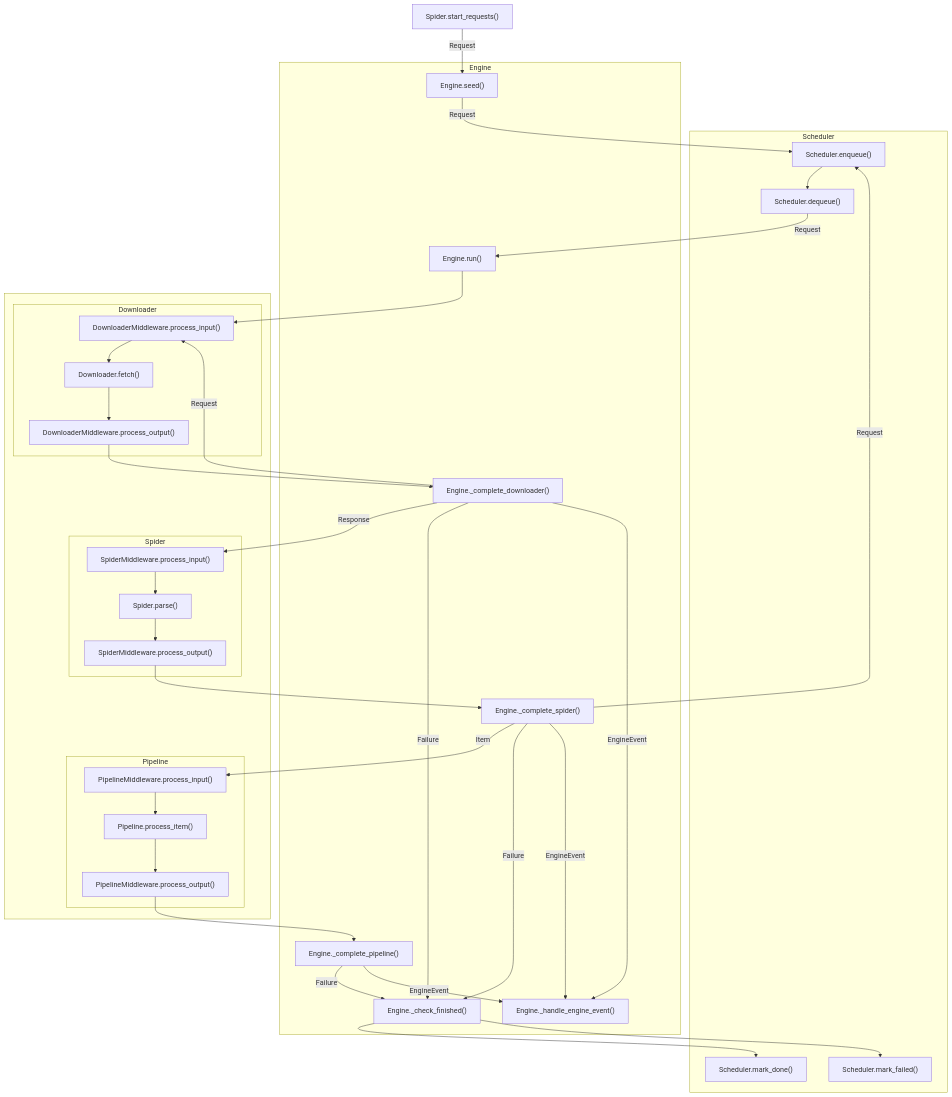
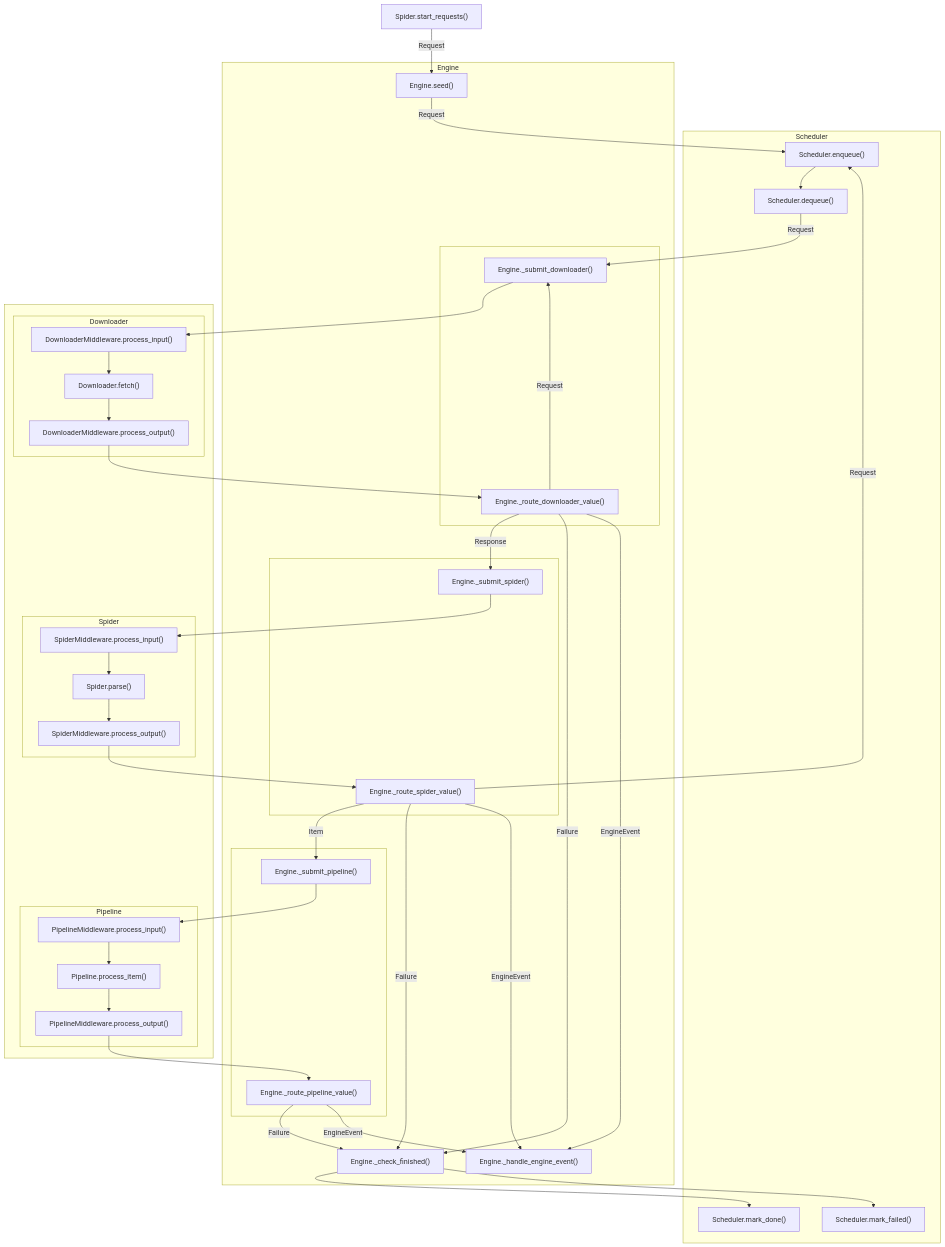
One commit to baoyunfan0101/rubberneck changed the diagram in README.md. Above: the diagram before and after it, drawn with Mermaid. The commit also changed other lines of this file and 3 other files, not shown here.

```diff
--- a/README.md
+++ b/README.md
@@ -34,10 +34,22 @@
     
     subgraph EngineModule["Engine"]
         Seed["Engine.seed()"]
-        Run["Engine.run()"]
-        CompleteD["Engine._complete_downloader()"]
-        CompleteS["Engine._complete_spider()"]
-        CompleteP["Engine._complete_pipeline()"]
+
+        subgraph EngineDownloader[" "]
+            SubmitD["Engine._submit_downloader()"]
+            RouteD["Engine._route_downloader_value()"]
+        end
+
+        subgraph EngineSpider[" "]
+            SubmitS["Engine._submit_spider()"]
+            RouteS["Engine._route_spider_value()"]
+        end
+
+        subgraph EnginePipeline[" "]
+            SubmitP["Engine._submit_pipeline()"]
+            RouteP["Engine._route_pipeline_value()"]
+        end
+
         HandleEvent["Engine._handle_engine_event()"]
         Check["Engine._check_finished()"]
     end
@@ -66,32 +78,35 @@
     Start["Spider.start_requests()"] -->|Request| Seed
     Seed -->|Request| Enqueue
     Enqueue --> Dequeue
-    Dequeue -->|Request| Run
-    Run --> DIn
+    Dequeue -->|Request| SubmitD
+
+    SubmitD --> DIn
     DIn --> Downloader
     Downloader --> DOut
-    DOut --> CompleteD
+    DOut --> RouteD
 
-    CompleteD -->|Request| DIn
-    CompleteD -->|Response| SIn
-    CompleteD -->|Failure| Check
-    CompleteD -->|EngineEvent| HandleEvent
+    RouteD -->|Request| SubmitD
+    RouteD -->|Response| SubmitS
+    RouteD -->|Failure| Check
+    RouteD -->|EngineEvent| HandleEvent
 
+    SubmitS --> SIn
     SIn --> Spider
     Spider --> SOut
-    SOut --> CompleteS
+    SOut --> RouteS
 
-    CompleteS -->|Request| Enqueue
-    CompleteS -->|Item| PIn
-    CompleteS -->|Failure| Check
-    CompleteS -->|EngineEvent| HandleEvent
+    RouteS -->|Request| Enqueue
+    RouteS -->|Item| SubmitP
+    RouteS -->|Failure| Check
+    RouteS -->|EngineEvent| HandleEvent
 
+    SubmitP --> PIn
     PIn --> Pipeline
     Pipeline --> POut
-    POut --> CompleteP
+    POut --> RouteP
 
-    CompleteP -->|Failure| Check
-    CompleteP -->|EngineEvent| HandleEvent
+    RouteP -->|Failure| Check
+    RouteP -->|EngineEvent| HandleEvent
 
     Check --> Done
     Check --> Failed
```
